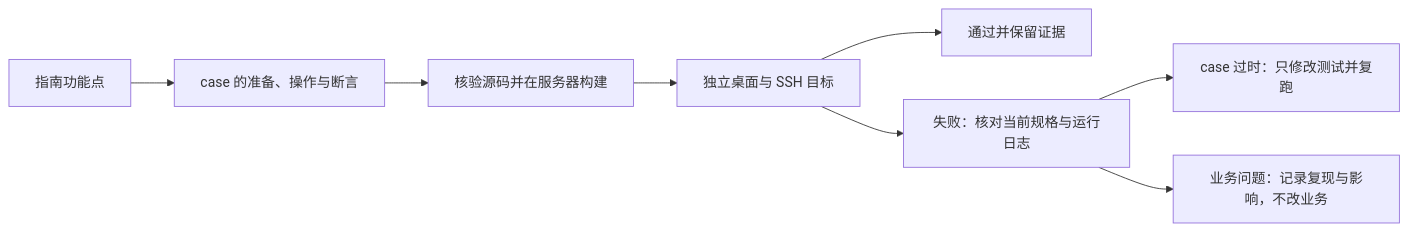
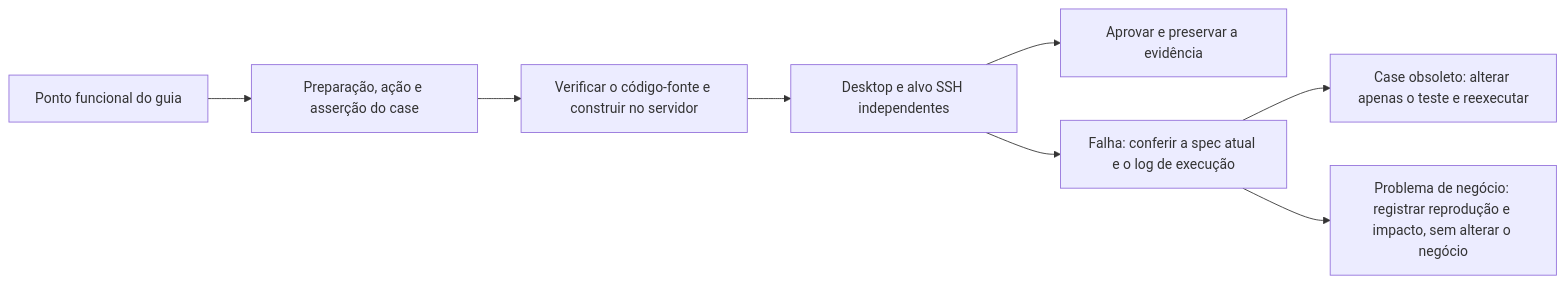
Before and after one commit to JoaoNetoDev/BR-Code: the diagram in docs/testing/desktop-ssh-guide-regression.md, drawn with Mermaid. The commit also changed other lines of this file and 177 other files, not shown here.

````diff
--- a/docs/testing/desktop-ssh-guide-regression.md
+++ b/docs/testing/desktop-ssh-guide-regression.md
@@ -13,10 +17,10 @@
 ```mermaid
 flowchart LR
-  G[指南功能点] --> C[case 的准备、操作与断言]
-  C --> S[核验源码并在服务器构建]
-  S --> E[独立桌面与 SSH 目标]
-  E --> P[通过并保留证据]
-  E --> F[失败：核对当前规格与运行日志]
-  F --> T[case 过时：只修改测试并复跑]
-  F --> B[业务问题：记录复现与影响，不改业务]
+  G[Ponto funcional do guia] --> C[Preparação, ação e asserção do case]
+  C --> S[Verificar o código-fonte e construir no servidor]
+  S --> E[Desktop e alvo SSH independentes]
+  E --> P[Aprovar e preservar a evidência]
+  E --> F[Falha: conferir a spec atual e o log de execução]
+  F --> T[Case obsoleto: alterar apenas o teste e reexecutar]
+  F --> B[Problema de negócio: registrar reprodução e impacto, sem alterar o negócio]
 ```
````
